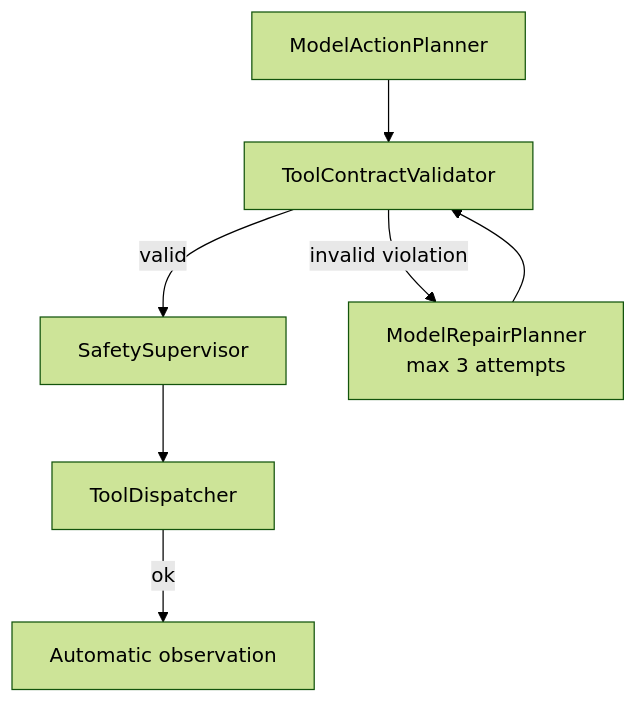
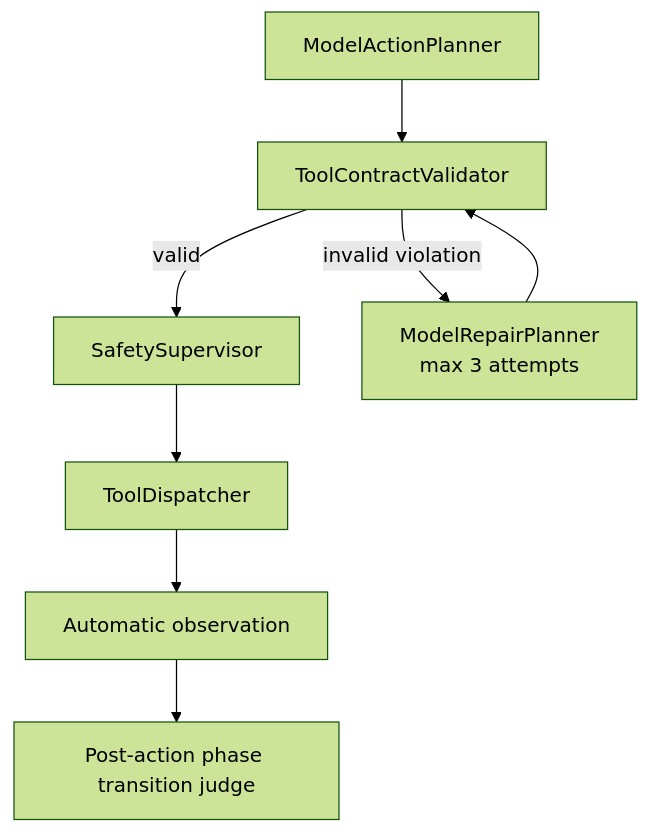
One commit to LZ6years/AeroPilot changed the third of 3 diagrams in docs/architecture.md. Above: the diagram before and after it, drawn with Mermaid (forest theme). The commit also changed other lines of this file and 32 other files, not shown here.

````diff
--- a/docs/architecture.md
+++ b/docs/architecture.md
@@ -194,9 +200,10 @@
 ```mermaid
 flowchart TD
     MAP["ModelActionPlanner"] --> TCV["ToolContractValidator"]
     TCV -->|valid| SS["SafetySupervisor"]
     TCV -->|invalid violation| RP["ModelRepairPlanner<br/>max 3 attempts"]
     RP --> TCV
     SS --> TD["ToolDispatcher"]
-    TD -->|ok| OBS["Automatic observation"]
+    TD --> OBS["Automatic observation"]
+    OBS --> J["Post-action phase transition judge"]
 ```
````
